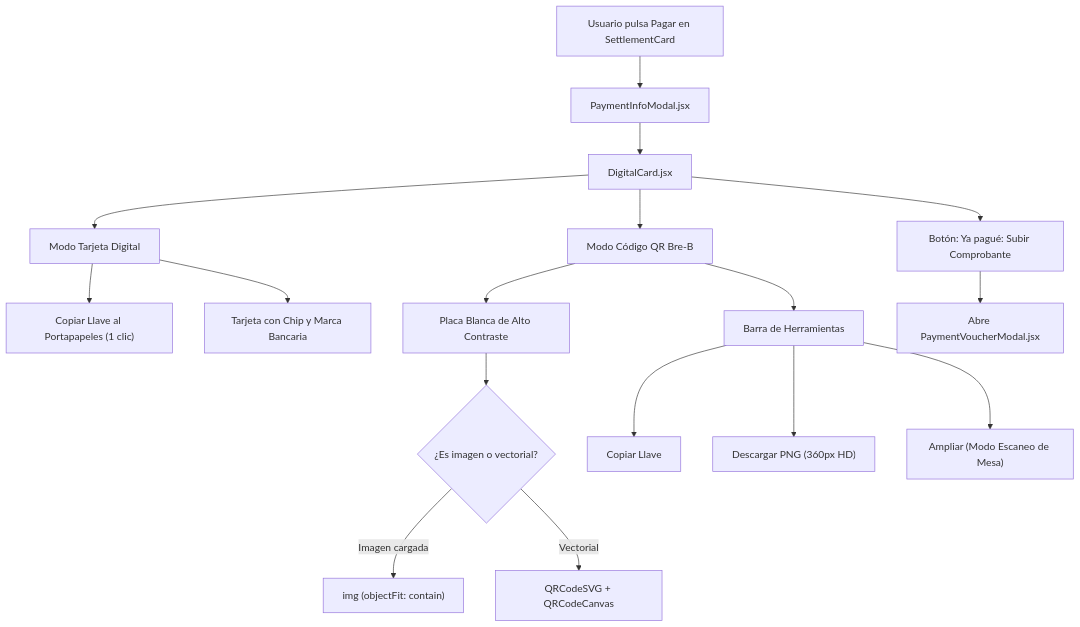
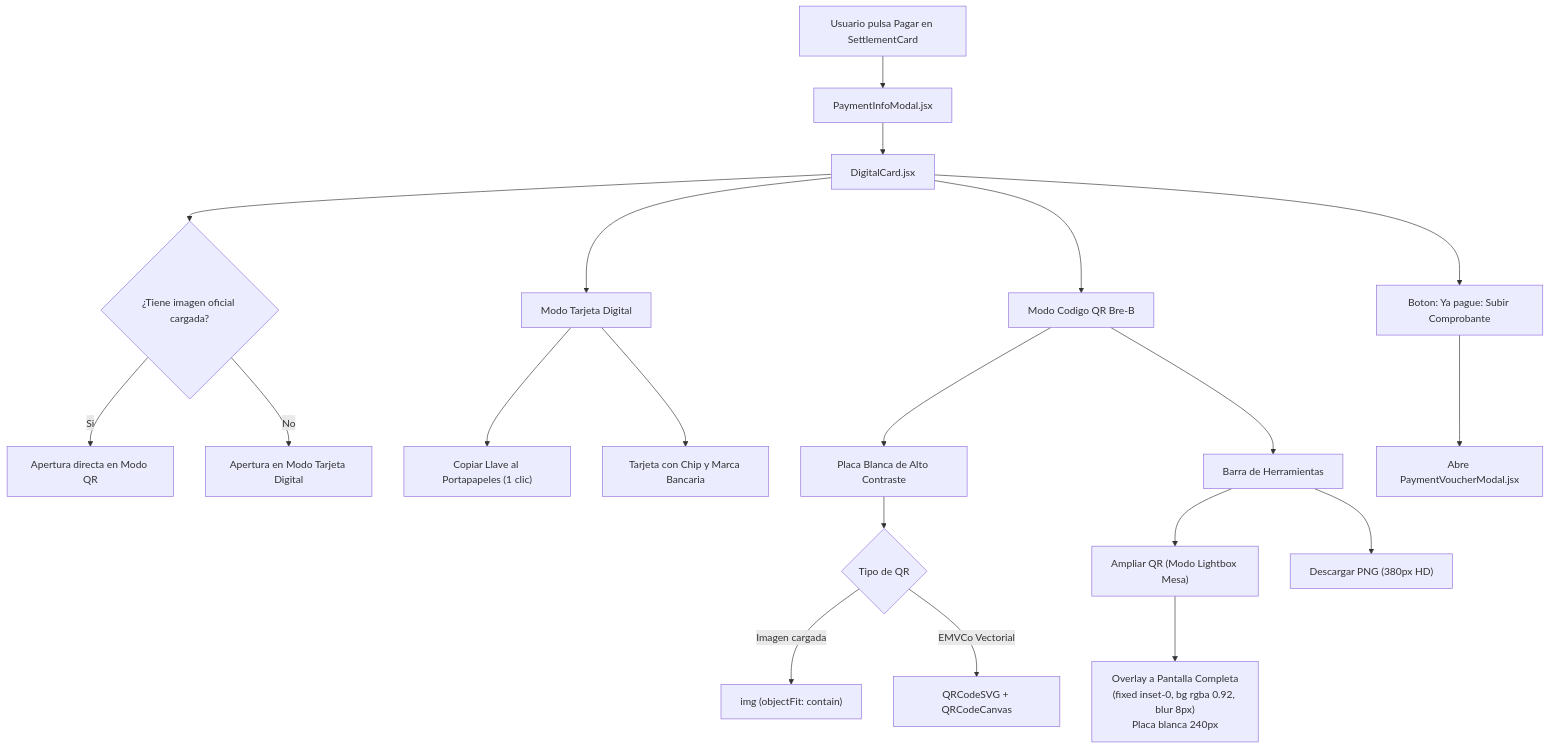
Before and after one commit to SebzSGC/Control-Gastos: the second of 4 diagrams in docs/03_Frontend/Generador-QR-Bre-B.md, drawn with Mermaid. The commit also changed other lines of this file and 16 other files, not shown here.

First line of the commit message:
fix(payments): estandarizar qr a formato internacional emvco y priorizar carga de qr bancario oficial

````diff
--- a/docs/03_Frontend/Generador-QR-Bre-B.md
+++ b/docs/03_Frontend/Generador-QR-Bre-B.md
@@ -65,24 +70,29 @@
 ```mermaid
 flowchart TD
     ClickPay["Usuario pulsa Pagar en SettlementCard"] --> OpenModal["PaymentInfoModal.jsx"]
     OpenModal --> DigitalCardComp["DigitalCard.jsx"]
     
+    DigitalCardComp --> EvalSource{"¿Tiene imagen oficial cargada?"}
+    EvalSource -- Si --> DefaultQR["Apertura directa en Modo QR"]
+    EvalSource -- No --> DefaultCard["Apertura en Modo Tarjeta Digital"]
+    
     DigitalCardComp --> TabCard["Modo Tarjeta Digital"]
-    DigitalCardComp --> TabQR["Modo Código QR Bre-B"]
+    DigitalCardComp --> TabQR["Modo Codigo QR Bre-B"]
     
     TabCard --> CopyKey["Copiar Llave al Portapapeles (1 clic)"]
     TabCard --> CardVisual["Tarjeta con Chip y Marca Bancaria"]
     
     TabQR --> HighContrast["Placa Blanca de Alto Contraste"]
-    HighContrast --> RenderMethod{"¿Es imagen o vectorial?"}
+    HighContrast --> RenderMethod{"Tipo de QR"}
     RenderMethod -- Imagen cargada --> ImgTag["img (objectFit: contain)"]
-    RenderMethod -- Vectorial --> SvgCanvas["QRCodeSVG + QRCodeCanvas"]
+    RenderMethod -- EMVCo Vectorial --> SvgCanvas["QRCodeSVG + QRCodeCanvas"]
     
     TabQR --> ToolsRow["Barra de Herramientas"]
-    ToolsRow --> ToolCopy["Copiar Llave"]
-    ToolsRow --> ToolDownload["Descargar PNG (360px HD)"]
-    ToolsRow --> ToolZoom["Ampliar (Modo Escaneo de Mesa)"]
+    ToolsRow --> ToolLightbox["Ampliar QR (Modo Lightbox Mesa)"]
+    ToolsRow --> ToolDownload["Descargar PNG (380px HD)"]
     
-    DigitalCardComp --> VoucherAction["Botón: Ya pagué: Subir Comprobante"]
+    ToolLightbox --> LightboxOverlay["Overlay a Pantalla Completa\n(fixed inset-0, bg rgba 0.92, blur 8px)\nPlaca blanca 240px"]
+    
+    DigitalCardComp --> VoucherAction["Boton: Ya pague: Subir Comprobante"]
     VoucherAction --> OpenVoucher["Abre PaymentVoucherModal.jsx"]
 ```
````
